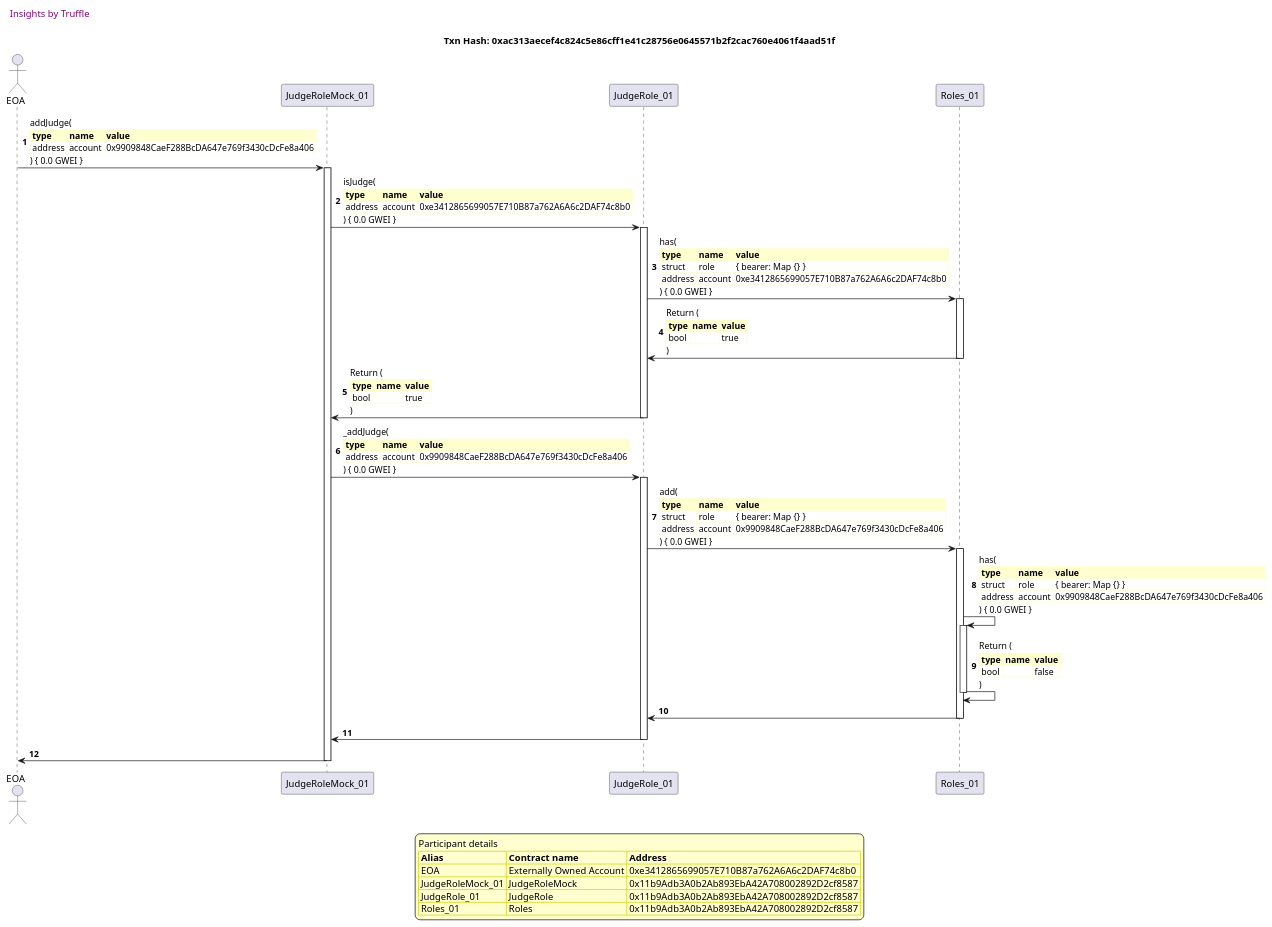
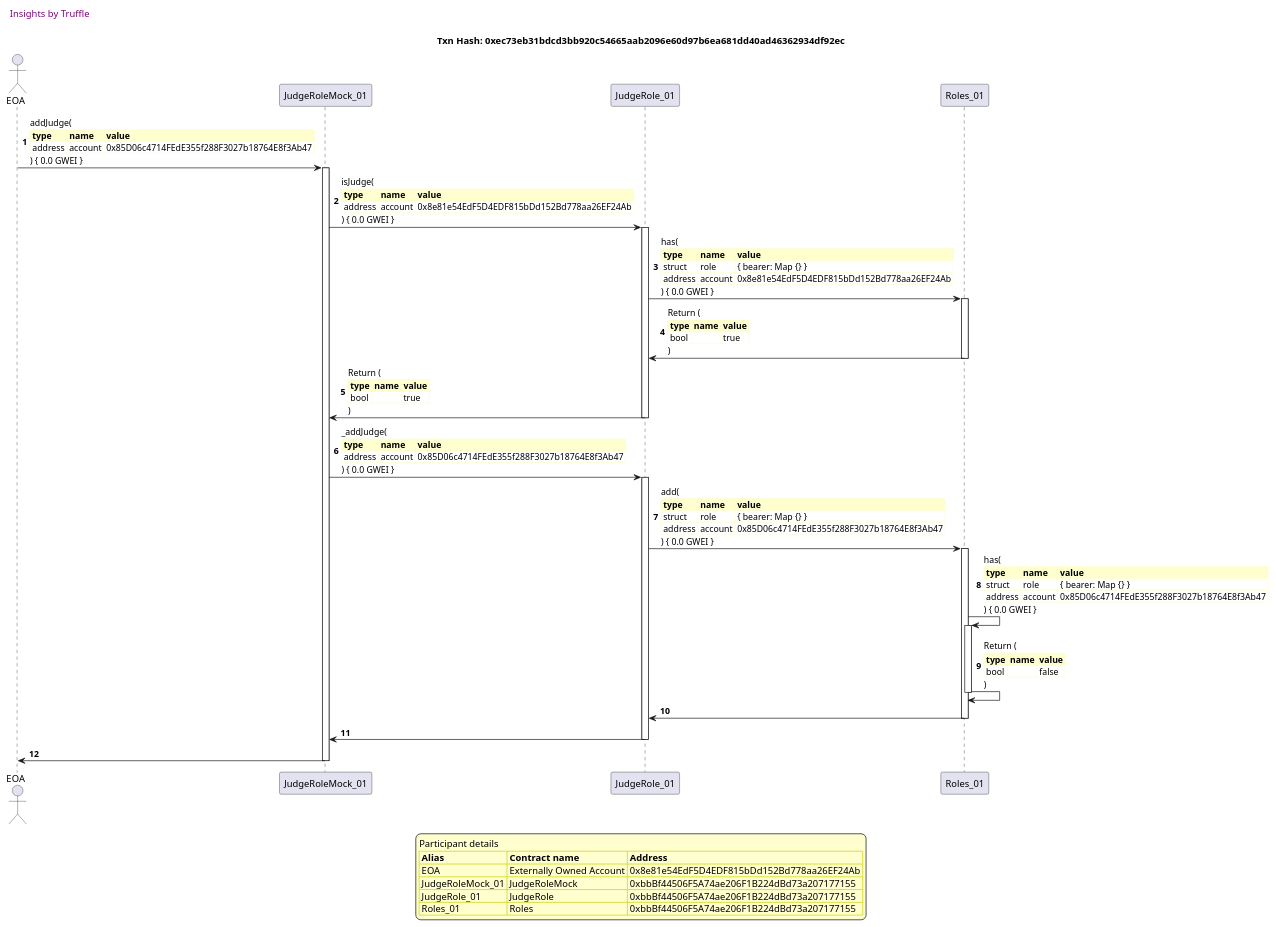
The eighth of 41 diagrams in truffle-seq/roles_judgerole.md (fodisi/hackapay), drawn with PlantUML before and after one commit. The commit also changed other lines of this file and 10 other files, not shown here.

````diff
--- a/truffle-seq/roles_judgerole.md
+++ b/truffle-seq/roles_judgerole.md
@@ -557,81 +557,81 @@
 ```plantuml
 
 
 @startuml
 
 autonumber
 skinparam legendBackgroundColor #FEFECE
 
 <style>
       header {
         HorizontalAlignment left
         FontColor purple
         FontSize 14
         Padding 10
       }
     </style>
 
 header Insights by Truffle
 
-title Txn Hash: 0xac313aecef4c824c5e86cff1e41c28756e0645571b2f2cac760e4061f4aad51f
+title Txn Hash: 0xec73eb31bdcd3bb920c54665aab2096e60d97b6ea681dd40ad46362934df92ec
 
 
 actor EOA as "EOA"
 participant JudgeRoleMock_01 as "JudgeRoleMock_01"
 participant JudgeRole_01 as "JudgeRole_01"
 participant Roles_01 as "Roles_01"
 
 "EOA" -> "JudgeRoleMock_01" ++: addJudge(\n\
 <#FEFECE,#FEFECE>|= type |= name |= value |\n\
-| address | account | 0x9909848CaeF288BcDA647e769f3430cDcFe8a406 |\n\
+| address | account | 0x85D06c4714FEdE355f288F3027b18764E8f3Ab47 |\n\
 ) { 0.0 GWEI }
 "JudgeRoleMock_01" -> "JudgeRole_01" ++: isJudge(\n\
 <#FEFECE,#FEFECE>|= type |= name |= value |\n\
-| address | account | 0xe3412865699057E710B87a762A6A6c2DAF74c8b0 |\n\
+| address | account | 0x8e81e54EdF5D4EDF815bDd152Bd778aa26EF24Ab |\n\
 ) { 0.0 GWEI }
 "JudgeRole_01" -> "Roles_01" ++: has(\n\
 <#FEFECE,#FEFECE>|= type |= name |= value |\n\
 | struct | role | { bearer: Map {} } |\n\
-| address | account | 0xe3412865699057E710B87a762A6A6c2DAF74c8b0 |\n\
+| address | account | 0x8e81e54EdF5D4EDF815bDd152Bd778aa26EF24Ab |\n\
 ) { 0.0 GWEI }
 "Roles_01" -> "JudgeRole_01" --: Return (\n\
 <#FEFECE,#FEFECE>|= type |= name |= value |\n\
 | bool |  | true |\n\
 )
 "JudgeRole_01" -> "JudgeRoleMock_01" --: Return (\n\
 <#FEFECE,#FEFECE>|= type |= name |= value |\n\
 | bool |  | true |\n\
 )
 "JudgeRoleMock_01" -> "JudgeRole_01" ++: _addJudge(\n\
 <#FEFECE,#FEFECE>|= type |= name |= value |\n\
-| address | account | 0x9909848CaeF288BcDA647e769f3430cDcFe8a406 |\n\
+| address | account | 0x85D06c4714FEdE355f288F3027b18764E8f3Ab47 |\n\
 ) { 0.0 GWEI }
 "JudgeRole_01" -> "Roles_01" ++: add(\n\
 <#FEFECE,#FEFECE>|= type |= name |= value |\n\
 | struct | role | { bearer: Map {} } |\n\
-| address | account | 0x9909848CaeF288BcDA647e769f3430cDcFe8a406 |\n\
+| address | account | 0x85D06c4714FEdE355f288F3027b18764E8f3Ab47 |\n\
 ) { 0.0 GWEI }
 "Roles_01" -> "Roles_01" ++: has(\n\
 <#FEFECE,#FEFECE>|= type |= name |= value |\n\
 | struct | role | { bearer: Map {} } |\n\
-| address | account | 0x9909848CaeF288BcDA647e769f3430cDcFe8a406 |\n\
+| address | account | 0x85D06c4714FEdE355f288F3027b18764E8f3Ab47 |\n\
 ) { 0.0 GWEI }
 "Roles_01" -> "Roles_01" --: Return (\n\
 <#FEFECE,#FEFECE>|= type |= name |= value |\n\
 | bool |  | false |\n\
 )
 "Roles_01" -> "JudgeRole_01" --: 
 "JudgeRole_01" -> "JudgeRoleMock_01" --: 
 "JudgeRoleMock_01" -> "EOA" --: 
 
 legend
 Participant details
 <#FEFECE,#D0D000>|= Alias |= Contract name |= Address |
-<#FEFECE>| EOA | Externally Owned Account | 0xe3412865699057E710B87a762A6A6c2DAF74c8b0 |
-<#FEFECE>| JudgeRoleMock_01 | JudgeRoleMock | 0x11b9Adb3A0b2Ab893EbA42A708002892D2cf8587 |
-<#FEFECE>| JudgeRole_01 | JudgeRole | 0x11b9Adb3A0b2Ab893EbA42A708002892D2cf8587 |
-<#FEFECE>| Roles_01 | Roles | 0x11b9Adb3A0b2Ab893EbA42A708002892D2cf8587 |
+<#FEFECE>| EOA | Externally Owned Account | 0x8e81e54EdF5D4EDF815bDd152Bd778aa26EF24Ab |
+<#FEFECE>| JudgeRoleMock_01 | JudgeRoleMock | 0xbbBf44506F5A74ae206F1B224dBd73a207177155 |
+<#FEFECE>| JudgeRole_01 | JudgeRole | 0xbbBf44506F5A74ae206F1B224dBd73a207177155 |
+<#FEFECE>| Roles_01 | Roles | 0xbbBf44506F5A74ae206F1B224dBd73a207177155 |
 endlegend
 
 @enduml
 ```
````
